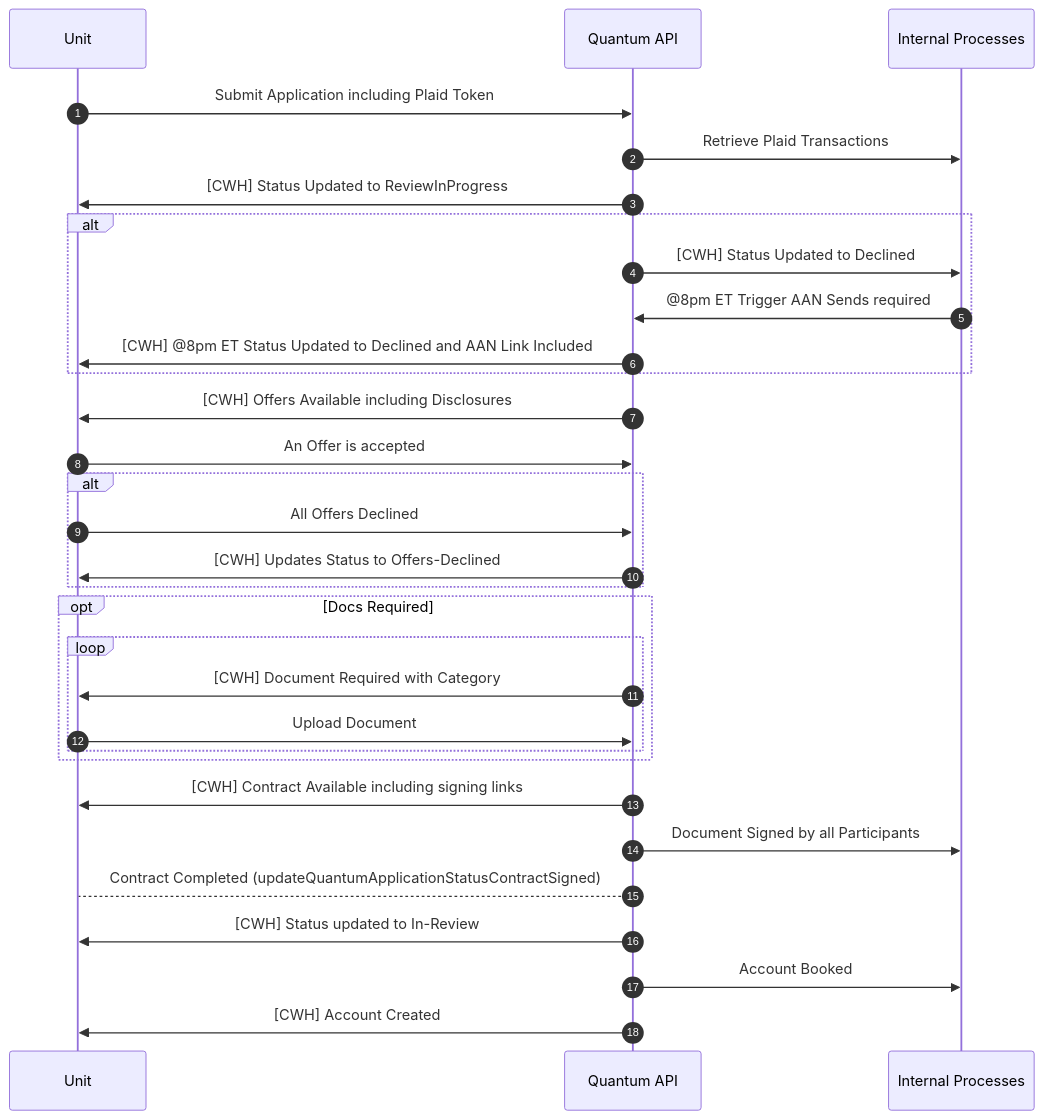
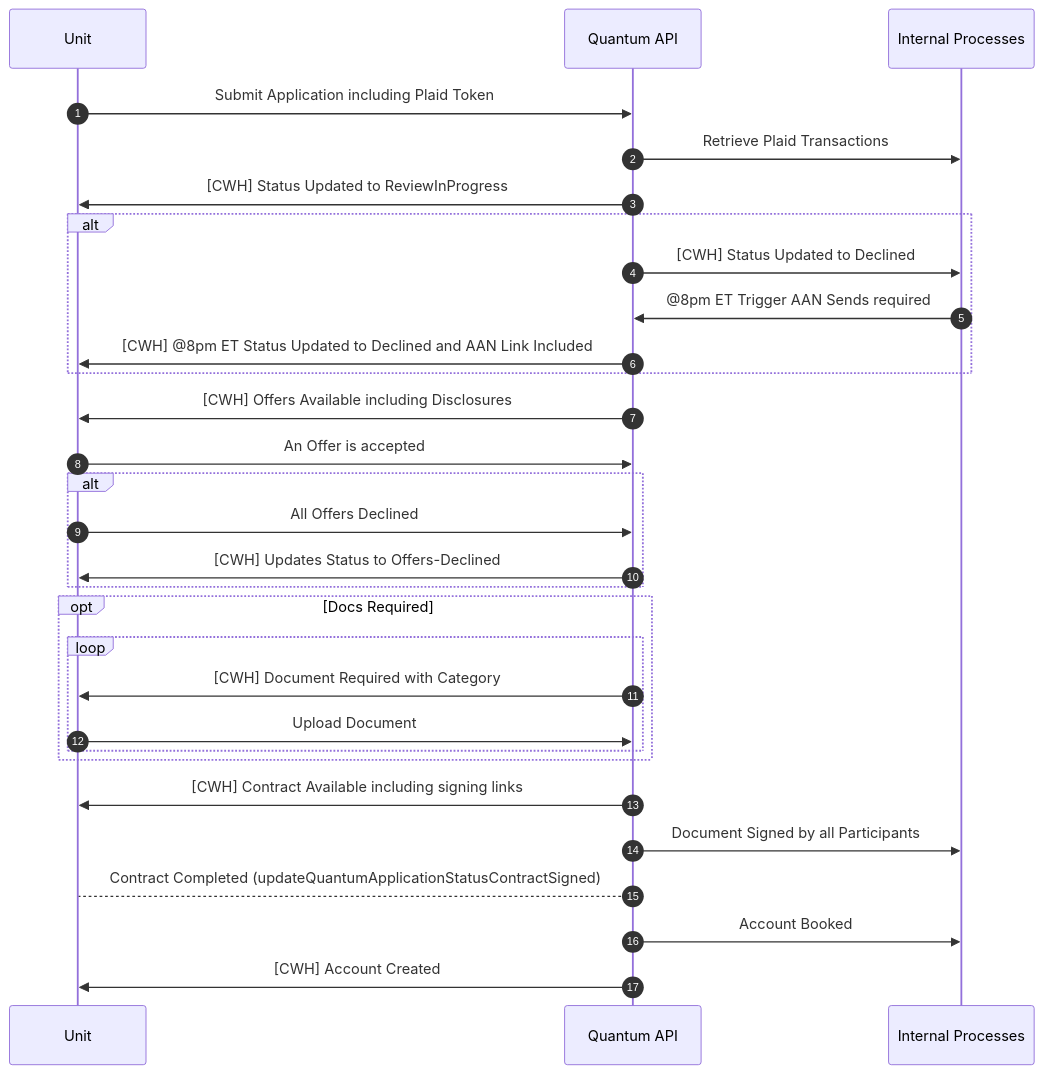
One commit to quantum-jsp/sequence-diagrams-public changed the diagram in Unit_Orginations.md. Above: the diagram before and after it, drawn with Mermaid.

Commit message:
Remove 'In-Review' status update for Unit [CWH]

````diff
--- a/Unit_Orginations.md
+++ b/Unit_Orginations.md
@@ -1,36 +1,35 @@
 ```mermaid
 sequenceDiagram
     participant Unit
     participant Quantum API
     participant Internal Processes
     
     autonumber
 
     Unit ->> Quantum API: Submit Application including Plaid Token
     Quantum API ->> Internal Processes: Retrieve Plaid Transactions
     Quantum API ->> Unit: [CWH] Status Updated to ReviewInProgress
     alt 
         Quantum API ->> Internal Processes: [CWH] Status Updated to Declined
         Internal Processes ->> Quantum API: @8pm ET Trigger AAN Sends required
         Quantum API ->> Unit: [CWH] @8pm ET Status Updated to Declined and AAN Link Included
     end 
     Quantum API ->> Unit: [CWH] Offers Available including Disclosures
     Unit ->> Quantum API: An Offer is accepted
     alt
         Unit ->> Quantum API: All Offers Declined
         Quantum API ->> Unit: [CWH] Updates Status to Offers-Declined
     end
     opt Docs Required
         loop
             Quantum API ->> Unit: [CWH] Document Required with Category
             Unit ->> Quantum API: Upload Document
         end
     end
     Quantum API ->> Unit: [CWH] Contract Available including signing links
     Quantum API ->> Internal Processes: Document Signed by all Participants
     Quantum API --> Unit: Contract Completed (updateQuantumApplicationStatusContractSigned)
-    Quantum API ->> Unit: [CWH] Status updated to In-Review
     Quantum API ->> Internal Processes: Account Booked
     Quantum API ->> Unit: [CWH] Account Created
     
 ```
````
